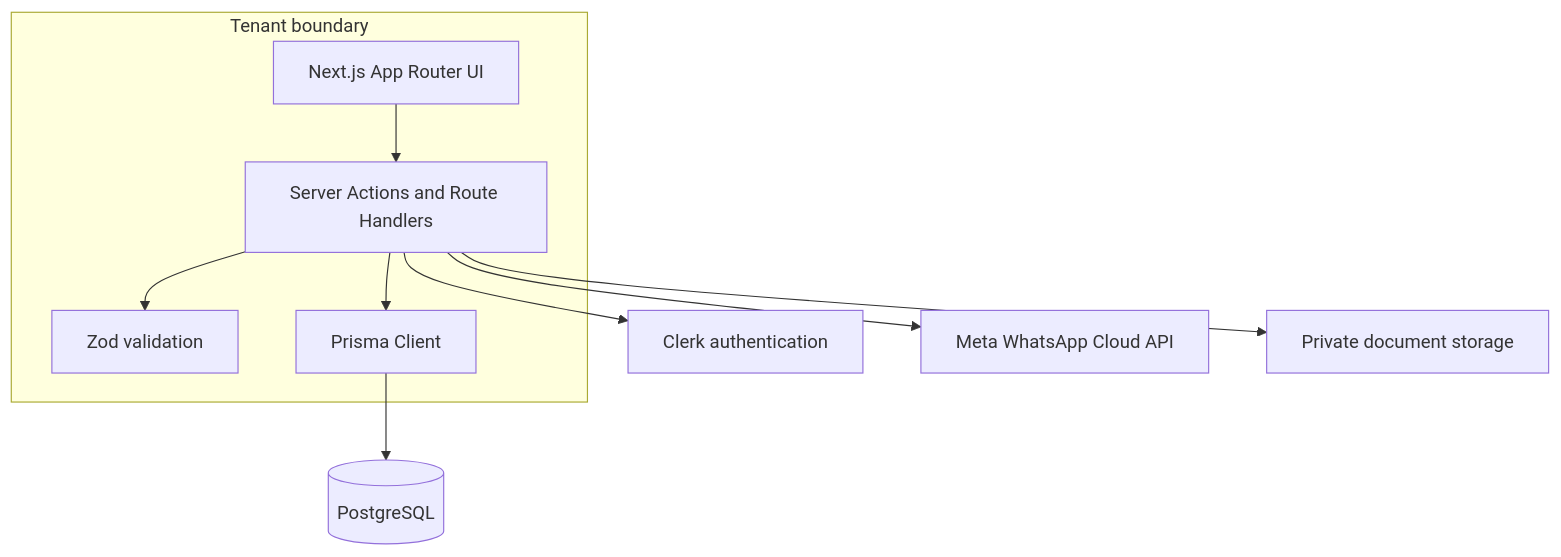
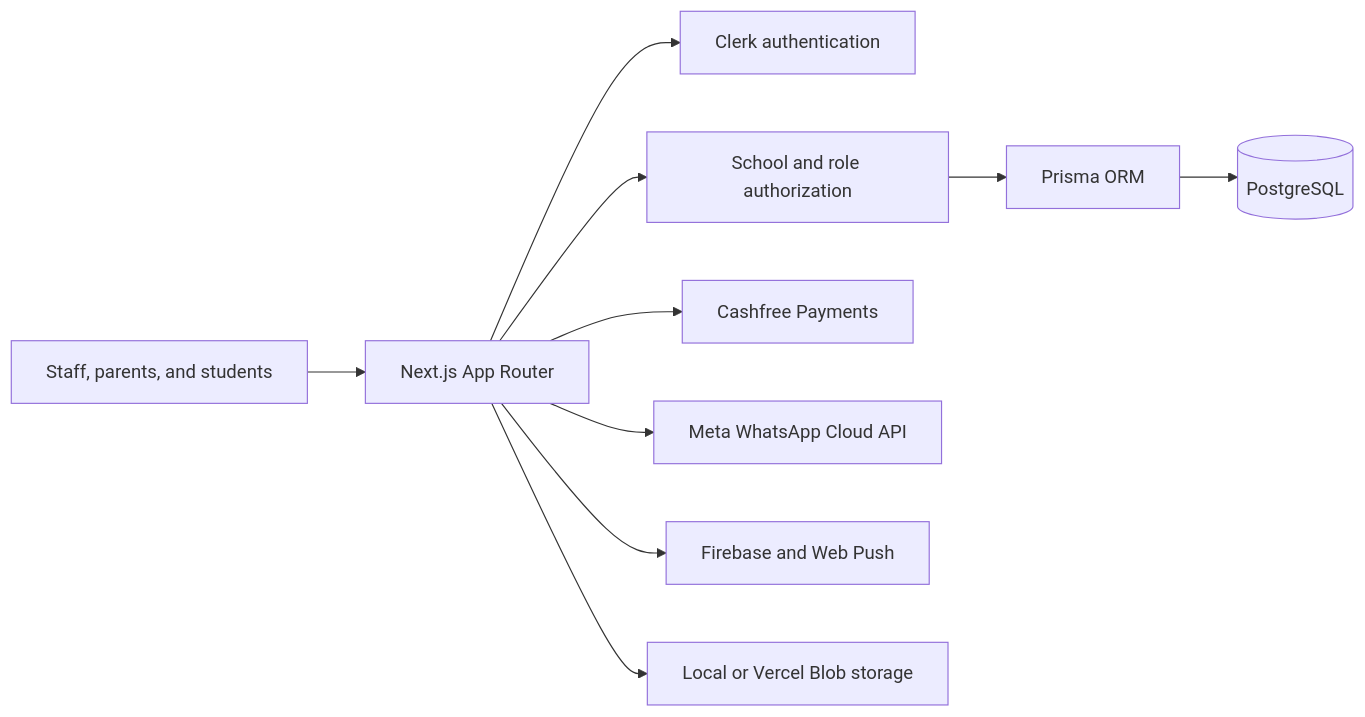
Before and after one commit to harikiran-dev-schooldb/schooldb-v2: the diagram in README.md, drawn with Mermaid. The commit also changed other lines of this file and 5 other files, not shown here.

````diff
--- a/README.md
+++ b/README.md
@@ -98,17 +100,12 @@
 ```mermaid
-flowchart TB
-    UI[Next.js App Router UI] --> SA[Server Actions and Route Handlers]
-    SA --> AU[Clerk authentication]
-    SA --> VA[Zod validation]
-    SA --> DB[Prisma Client]
-    DB --> PG[(PostgreSQL)]
-    SA --> MB[Meta WhatsApp Cloud API]
-    SA --> FS[Private document storage]
-
-    subgraph Tenant boundary
-      UI
-      SA
-      VA
-      DB
-    end
+flowchart LR
+  U[Staff, parents, and students] --> N[Next.js App Router]
+  N --> A[Clerk authentication]
+  N --> Z[School and role authorization]
+  Z --> P[Prisma ORM]
+  P --> D[(PostgreSQL)]
+  N --> C[Cashfree Payments]
+  N --> W[Meta WhatsApp Cloud API]
+  N --> F[Firebase and Web Push]
+  N --> S[Local or Vercel Blob storage]
 ```
````
